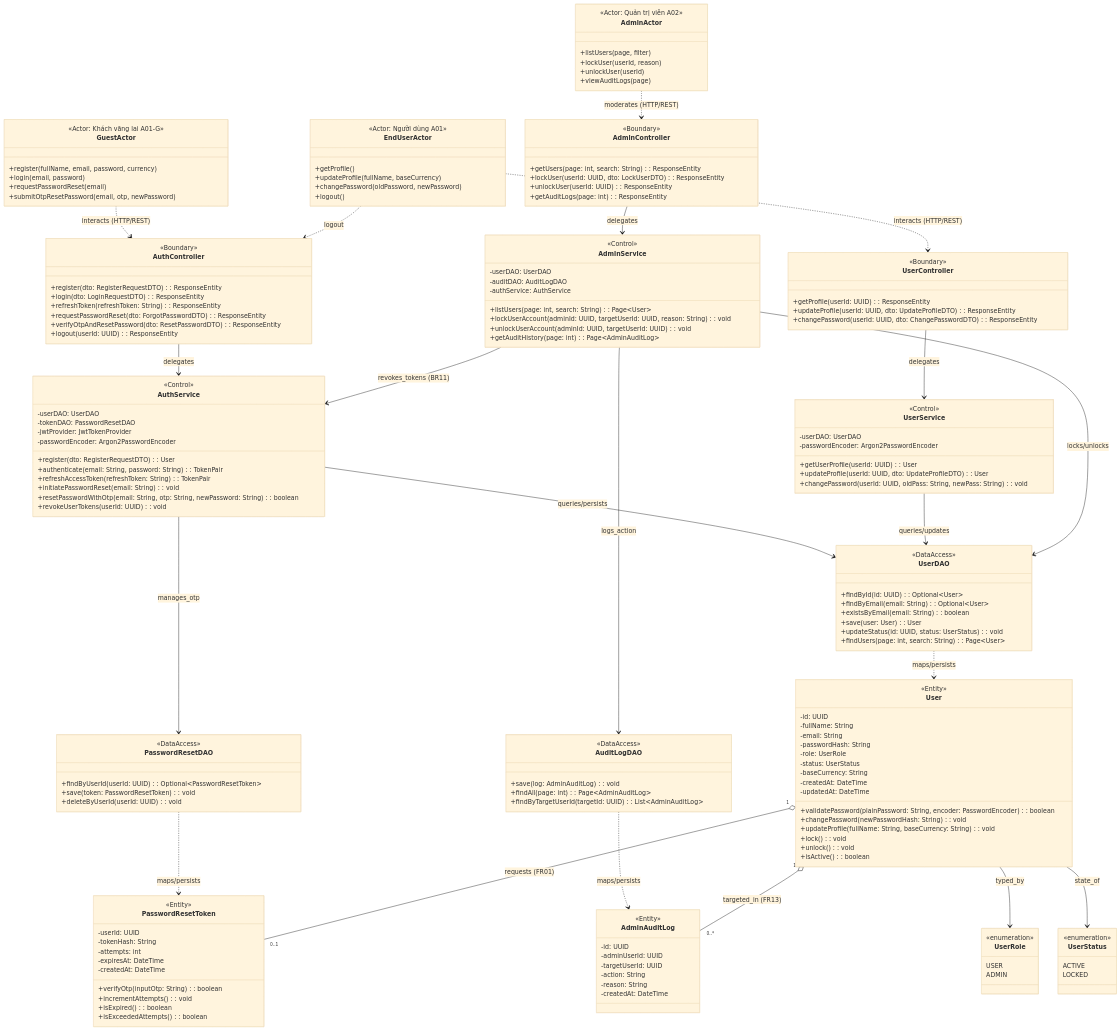
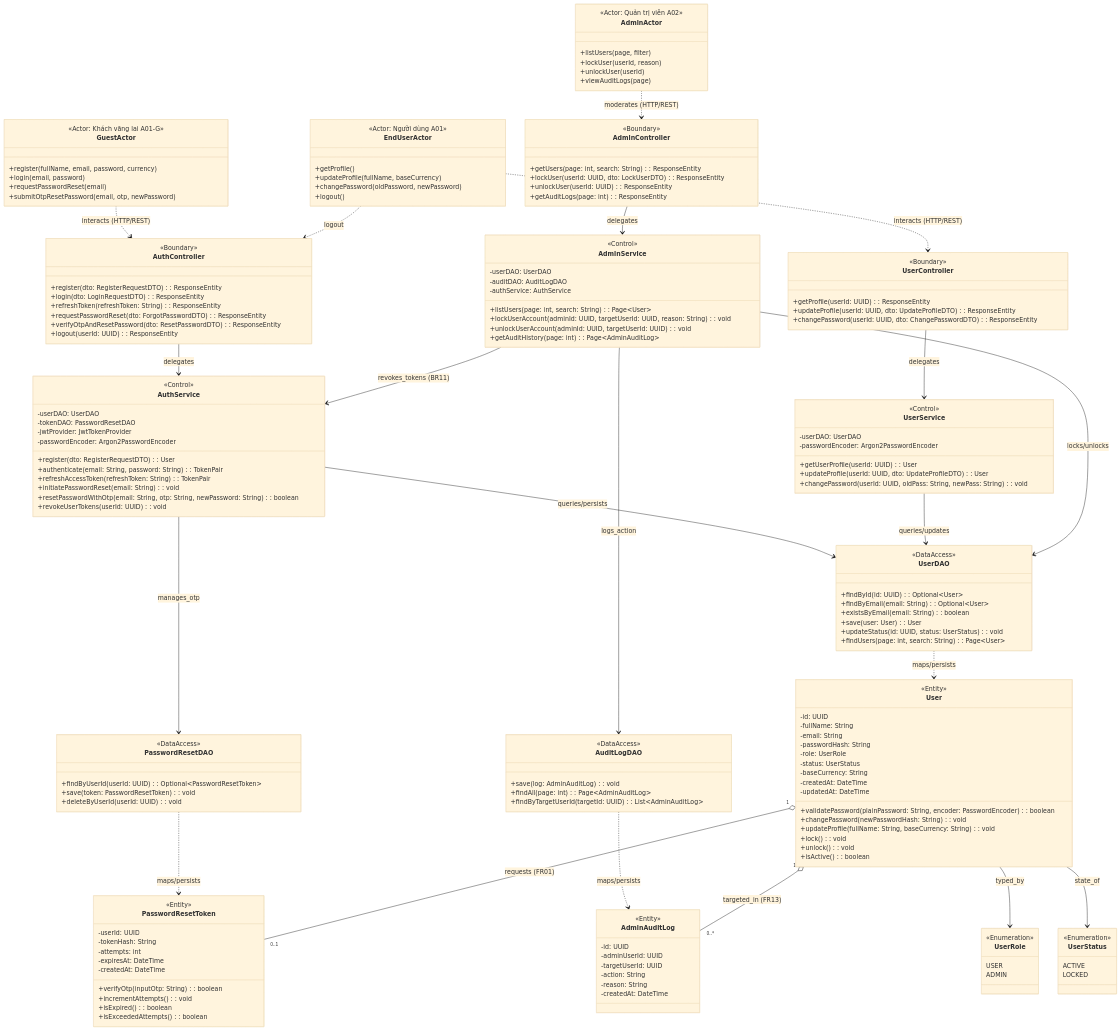
One commit to huytothevoz/SE---Microfinance-Personal-Wealth-Expense-Tracker changed the diagram in docs/02_elaboration/uml_modeling/class_diagram/sources/cd01_identity_access.mmd. Above: the diagram before and after it, drawn with Mermaid (base theme). The commit also changed 10 other files, not shown here.

Commit message:
docs(uml): add comprehensive stereotype specification and standardize across all diagrams

```diff
--- a/docs/02_elaboration/uml_modeling/class_diagram/sources/cd01_identity_access.mmd
+++ b/docs/02_elaboration/uml_modeling/class_diagram/sources/cd01_identity_access.mmd
@@ -166,13 +166,13 @@
     }
 
     class UserRole {
-        <<enumeration>>
+        <<Enumeration>>
         USER
         ADMIN
     }
 
     class UserStatus {
-        <<enumeration>>
+        <<Enumeration>>
         ACTIVE
         LOCKED
     }
```
